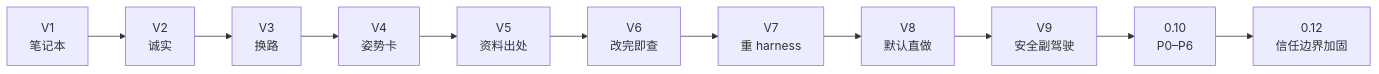
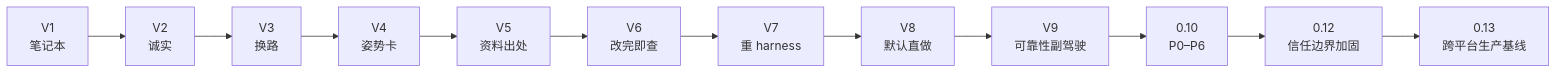
Diagram 24 of 30 in README.md (liuanye9-lab/codex-os-brain), drawn with Mermaid before and after one commit. The commit also changed other lines of this file and 51 other files, not shown here.

````diff
--- a/README.md
+++ b/README.md
@@ -822,13 +821,14 @@
 ```mermaid
 flowchart LR
   V1["V1<br/>笔记本"] --> V2["V2<br/>诚实"]
   V2 --> V3["V3<br/>换路"]
   V3 --> V4["V4<br/>姿势卡"]
   V4 --> V5["V5<br/>资料出处"]
   V5 --> V6["V6<br/>改完即查"]
   V6 --> V7["V7<br/>重 harness"]
   V7 --> V8["V8<br/>默认直做"]
-  V8 --> V9["V9<br/>安全副驾驶"]
+  V8 --> V9["V9<br/>可靠性副驾驶"]
   V9 --> V91["0.10<br/>P0–P6"]
   V91 --> V12["0.12<br/>信任边界加固"]
+  V12 --> V13["0.13<br/>跨平台生产基线"]
 ```
````
